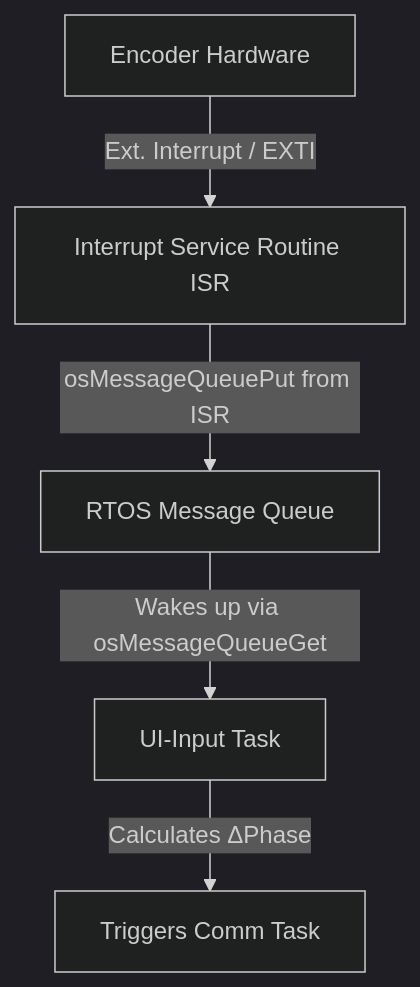
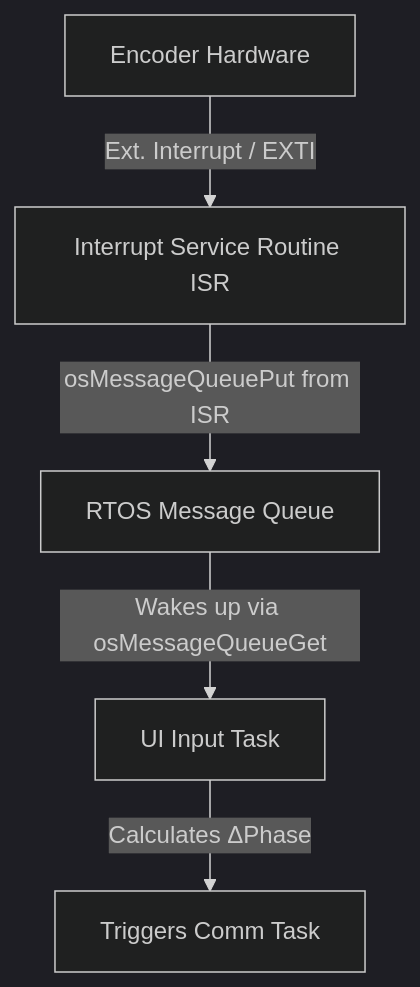
Before and after one commit to kuntzaxel43/WaveGenerator: the first of 3 diagrams in README.md, drawn with Mermaid (dark theme). The commit also changed other lines of this file and 1 other file, not shown here.

````diff
--- a/README.md
+++ b/README.md
@@ -57,7 +55,7 @@
 ```mermaid
 graph TD
     A[Encoder Hardware] -->|Ext. Interrupt / EXTI| B[Interrupt Service Routine ISR]
     B -->|osMessageQueuePut from ISR| C[RTOS Message Queue]
-    C -->|Wakes up via osMessageQueueGet| D[UI-Input Task]
+    C -->|Wakes up via osMessageQueueGet| D[UI Input Task]
     D -->|Calculates ΔPhase| E[Triggers Comm Task]
 ```
````
